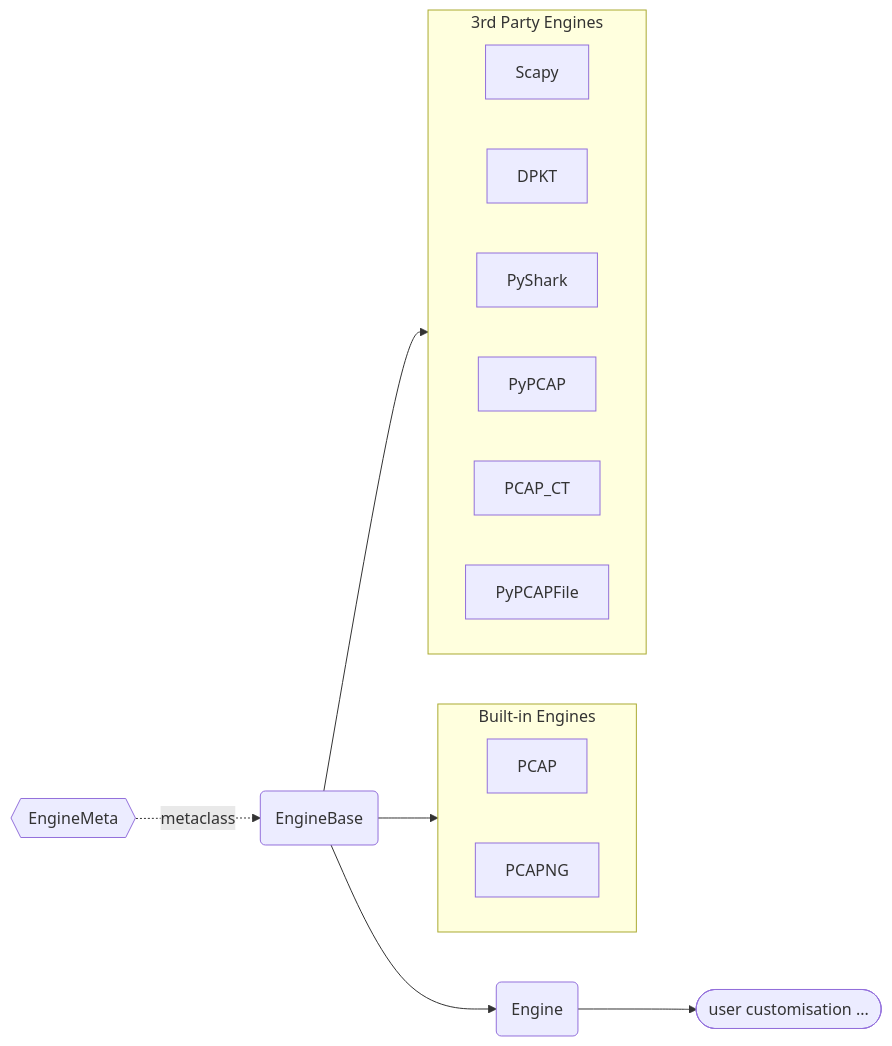
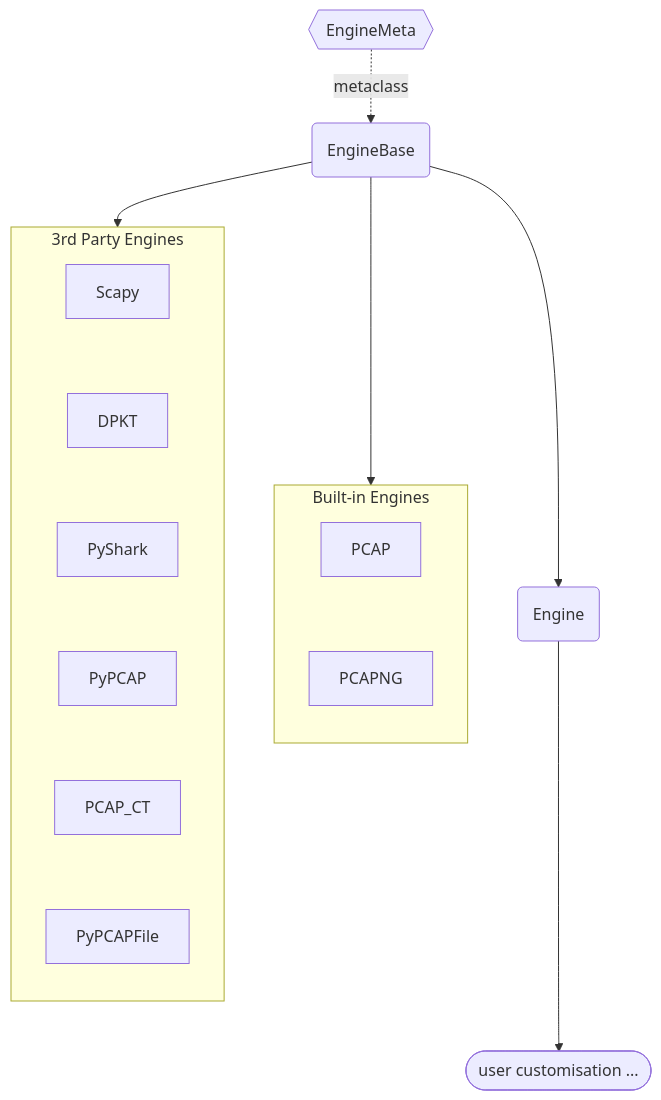
The diagram in docs/source/pcapkit/foundation/engines/index.rst (JarryShaw/PyPCAPKit), drawn with Mermaid before and after one commit. The commit also changed 9 other files, not shown here.

First line of the commit message:
docs: lay out every diagram vertically so it renders at a readable size

```diff
--- a/docs/source/pcapkit/foundation/engines/index.rst
+++ b/docs/source/pcapkit/foundation/engines/index.rst
@@ -28,42 +28,44 @@
 .. mermaid::
 
-   flowchart LR
+   flowchart TD
        A{{EngineMeta}} -.->|metaclass| B(EngineBase)
 
        subgraph built-in [Built-in Engines]
-           direction LR
+           direction TB
 
            PCAP
            PCAPNG
+           PCAP ~~~ PCAPNG
        end
        B --> built-in
 
        subgraph third-party [3rd Party Engines]
-           direction LR
+           direction TB
 
            Scapy
            DPKT
            PyShark
            PyPCAP
            PCAP_CT
            PyPCAPFile
+           Scapy ~~~ DPKT ~~~ PyShark ~~~ PyPCAP ~~~ PCAP_CT ~~~ PyPCAPFile
        end
        B --> third-party
 
        B --> C(Engine)
        C --> D([user customisation ...])
 
        click A "engine.html#pcapkit.foundation.engines.engine.EngineMeta"
        click B "engine.html#pcapkit.foundation.engines.engine.EngineBase"
        click C "engine.html#pcapkit.foundation.engines.engine.Engine"
        click D "../../../ext.html#extractor-engines"
 
        click PCAP "builtin.html#pcapkit.foundation.engines.pcap.PCAP"
        click PCAPNG "builtin.html#pcapkit.foundation.engines.pcapng.PCAPNG"
 
        click Scapy "3rdparty.html#pcapkit.foundation.engines.scapy.Scapy"
        click DPKT "3rdparty.html#pcapkit.foundation.engines.dpkt.DPKT"
        click PyShark "3rdparty.html#pcapkit.foundation.engines.pyshark.PyShark"
        click PyPCAP "3rdparty.html#pcapkit.foundation.engines.pypcap.PyPCAP"
        click PCAP_CT "3rdparty.html#pcapkit.foundation.engines.pcap_ct.PCAP_CT"
        click PyPCAPFile "3rdparty.html#pcapkit.foundation.engines.pypcapfile.PyPCAPFile"
```
